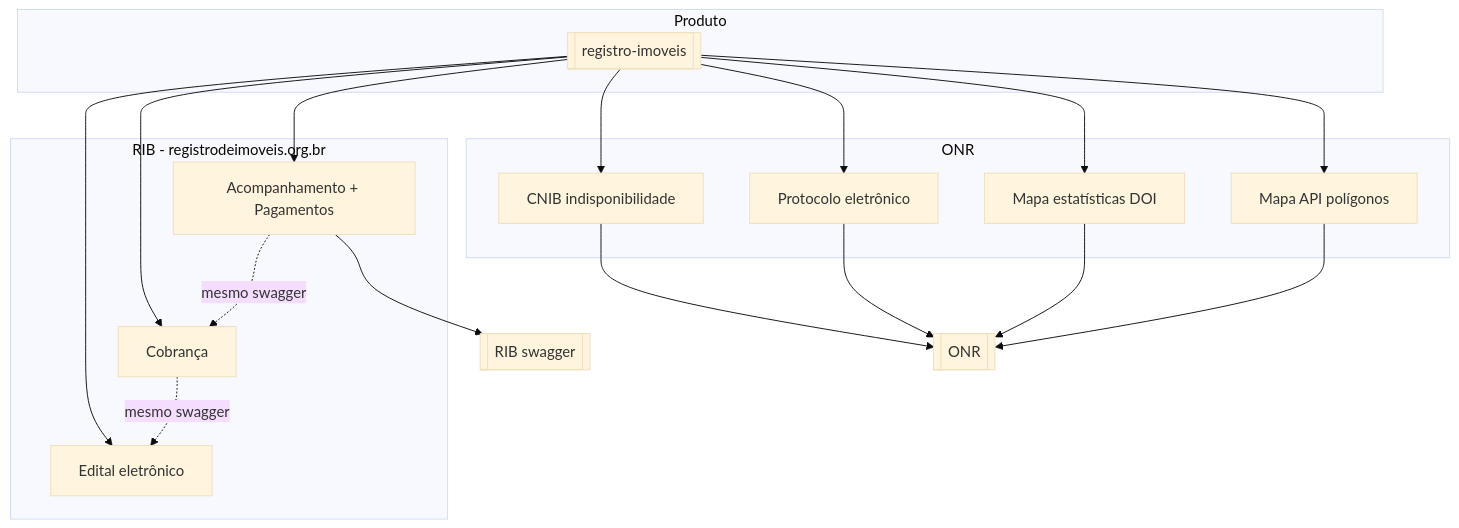
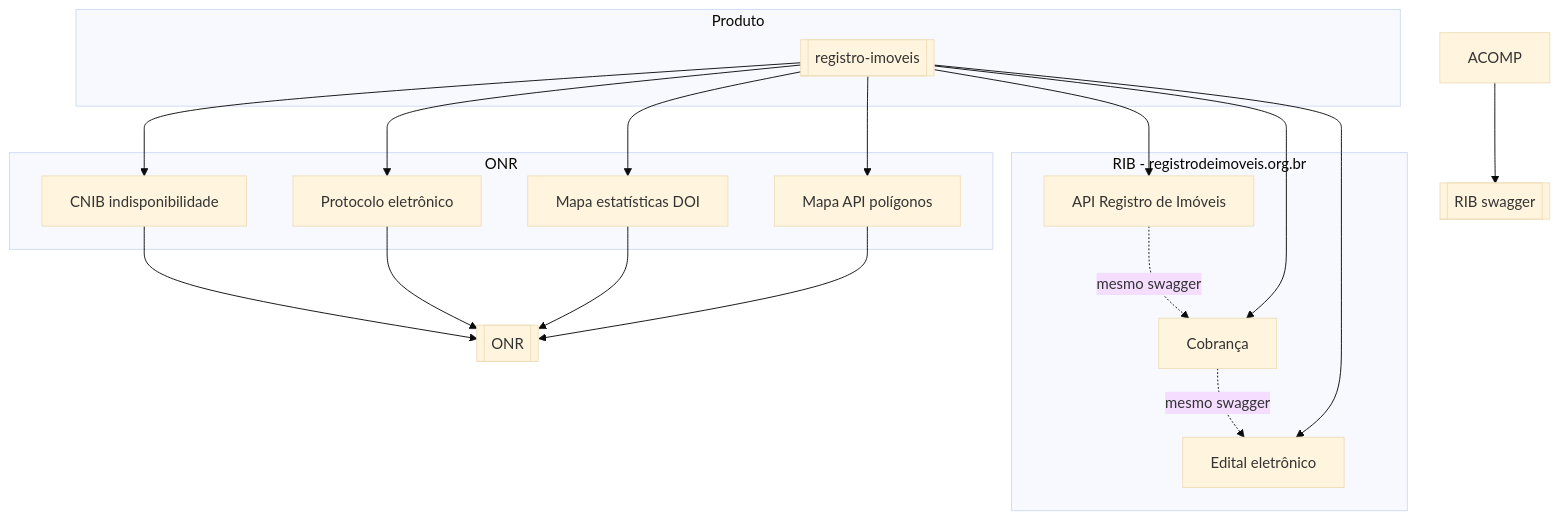
One commit to Ioshuasl/obsidian-vault changed the diagram in Orius/integracoes/registro-imoveis/00-indice.md. Above: the diagram before and after it, drawn with Mermaid (base theme). The commit also changed other lines of this file and 75 other files, not shown here.

````diff
--- a/Orius/integracoes/registro-imoveis/00-indice.md
+++ b/Orius/integracoes/registro-imoveis/00-indice.md
@@ -16,31 +16,31 @@
 ```mermaid
 flowchart TB
   subgraph produto [Produto]
     RI[[registro-imoveis]]
   end
   subgraph onr [ONR]
     CNIB[CNIB indisponibilidade]
     PROT[Protocolo eletrônico]
     MAPA[Mapa estatísticas DOI]
     POL[Mapa API polígonos]
   end
   subgraph rib [RIB - registrodeimoveis.org.br]
-    ACOMP[Acompanhamento + Pagamentos]
+    APIRI[API Registro de Imóveis]
     COB[Cobrança]
     ED[Edital eletrônico]
   end
   RI --> CNIB
   RI --> PROT
   RI --> MAPA
   RI --> POL
-  RI --> ACOMP
+  RI --> APIRI
   RI --> COB
   RI --> ED
   ACOMP --> RIBhub[[RIB swagger]]
   CNIB --> ONRhub[[ONR]]
   PROT --> ONRhub
   MAPA --> ONRhub
   POL --> ONRhub
-  ACOMP -. mesmo swagger .-> COB
+  APIRI -. mesmo swagger .-> COB
   COB -. mesmo swagger .-> ED
 ```
````
